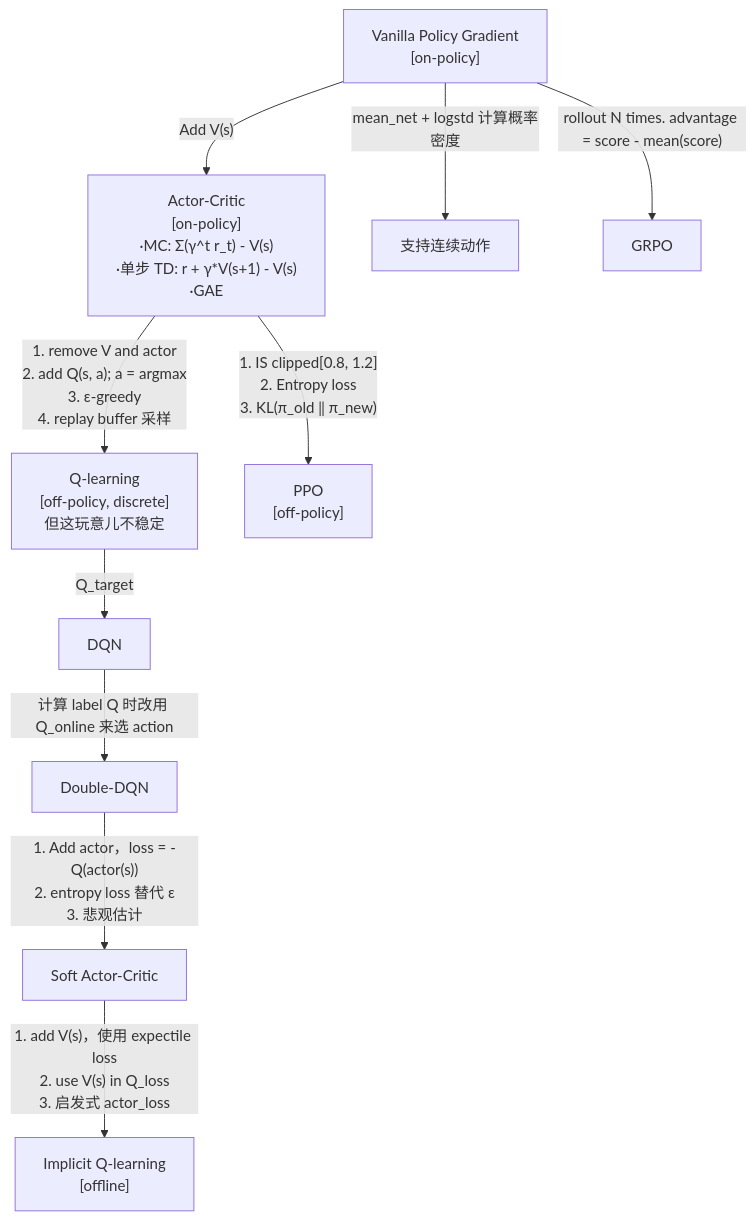
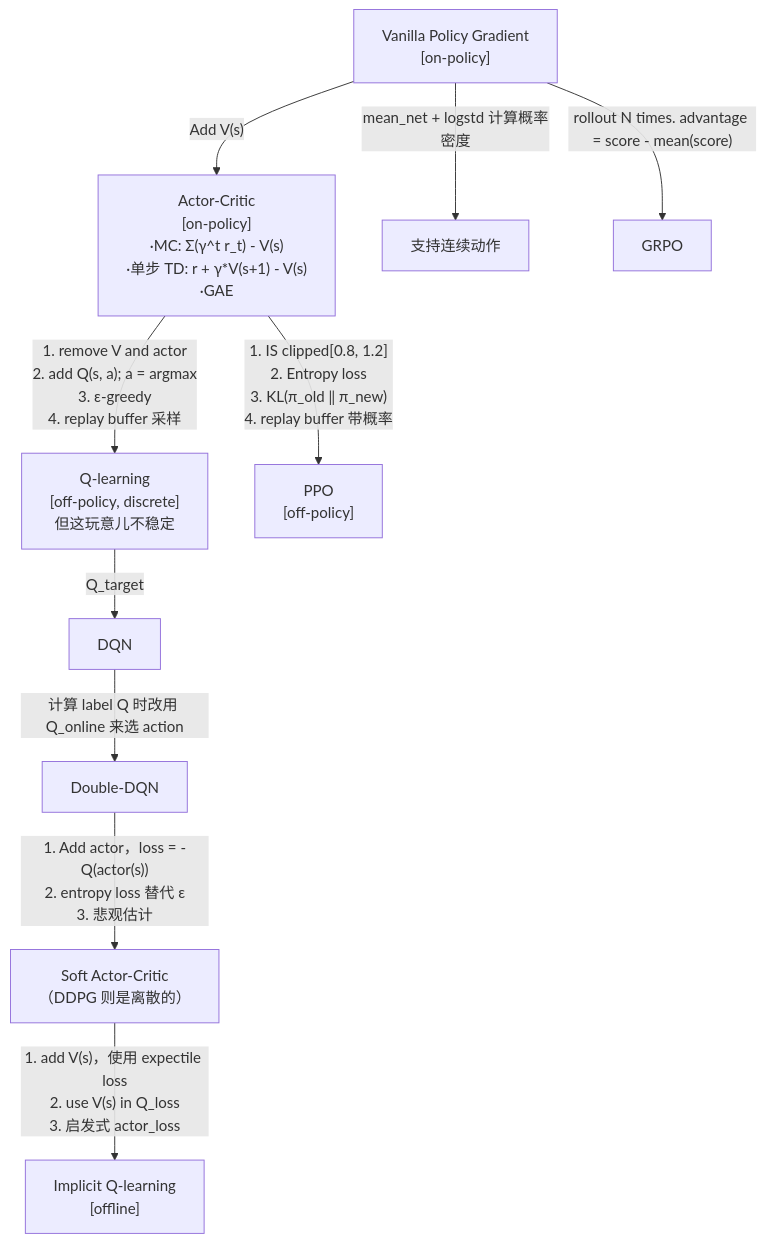
The diagram in 技术学习/285/285-0.md (julyfun/how-to), drawn with Mermaid before and after one commit. The commit also changed 1 other file, not shown here.

Commit message:
M 技术学习/285/285-0.md | M 技术学习/285/285-2.md

````diff
--- a/技术学习/285/285-0.md
+++ b/技术学习/285/285-0.md
@@ -11,13 +11,13 @@
 ```mermaid
 flowchart TD
     PG["Vanilla Policy Gradient<br>[on-policy]"] -->|"Add V(s)"| AC
     AC["Actor-Critic<br>[on-policy]<br>·MC: Σ(γ^t r_t) - V(s)<br>·单步 TD: r + γ*V(s+1) - V(s)<br>·GAE"]
     PG -->|"mean_net + logstd 计算概率密度"| cont[支持连续动作]
     AC -->|"1. remove V and actor<br>2. add Q(s, a); a = argmax<br>3. ε-greedy<br>4. replay buffer 采样"| Q-learning["Q-learning<br>[off-policy, discrete]<br>但这玩意儿不稳定"]
     Q-learning -->|"Q_target"| DQN
     DQN -->|"计算 label Q 时改用 Q_online 来选 action"| Double-DQN
-    Double-DQN -->|"1. Add actor，loss = -Q(actor(s))<br>2. entropy loss 替代 ε<br>3. 悲观估计"| SAC["Soft Actor-Critic"]
+    Double-DQN -->|"1. Add actor，loss = -Q(actor(s))<br>2. entropy loss 替代 ε<br>3. 悲观估计"| SAC["Soft Actor-Critic<br>（DDPG 则是离散的）"]
     SAC -->|"1. add V(s)，使用 expectile loss<br>2. use V(s) in Q_loss<br>3. 启发式 actor_loss"| IQL["Implicit Q-learning<br>[offline]"]
-    AC -->|"1. IS clipped[0.8, 1.2]<br>2. Entropy loss<br>3. KL(π_old ‖ π_new)"| PPO["PPO<br>[off-policy]"]
+    AC -->|"1. IS clipped[0.8, 1.2]<br>2. Entropy loss<br>3. KL(π_old ‖ π_new)<br>4. replay buffer 带概率"| PPO["PPO<br>[off-policy]"]
     PG -->|"rollout N times. advantage = score - mean(score)"| GRPO
 ```
````
